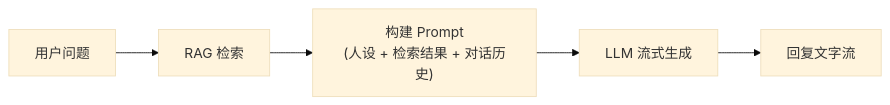
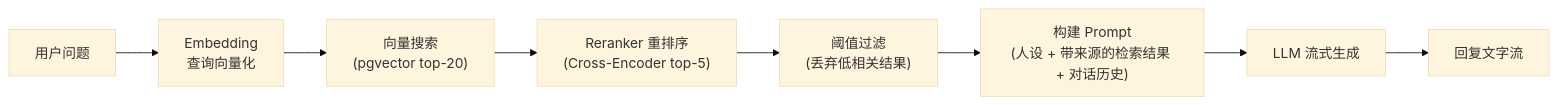
One commit to iceberg211/ai-agent-course-code changed the third of 5 diagrams in docs/数字人-Agent-技术方案.md. Above: the diagram before and after it, drawn with Mermaid (base theme). The commit also changed other lines of this file and 71 other files, not shown here.

````diff
--- a/docs/数字人-Agent-技术方案.md
+++ b/docs/数字人-Agent-技术方案.md
@@ -235,7 +235,10 @@
 ```mermaid
 flowchart LR
-    Q["用户问题"] --> R["RAG 检索"]
-    R --> P["构建 Prompt\n(人设 + 检索结果 + 对话历史)"]
+    Q["用户问题"] --> E["Embedding\n查询向量化"]
+    E --> S["向量搜索\n(pgvector top-20)"]
+    S --> RR["Reranker 重排序\n(Cross-Encoder top-5)"]
+    RR --> F["阈值过滤\n(丢弃低相关结果)"]
+    F --> P["构建 Prompt\n(人设 + 带来源的检索结果 + 对话历史)"]
     P --> L["LLM 流式生成"]
     L --> O["回复文字流"]
 ```
````
